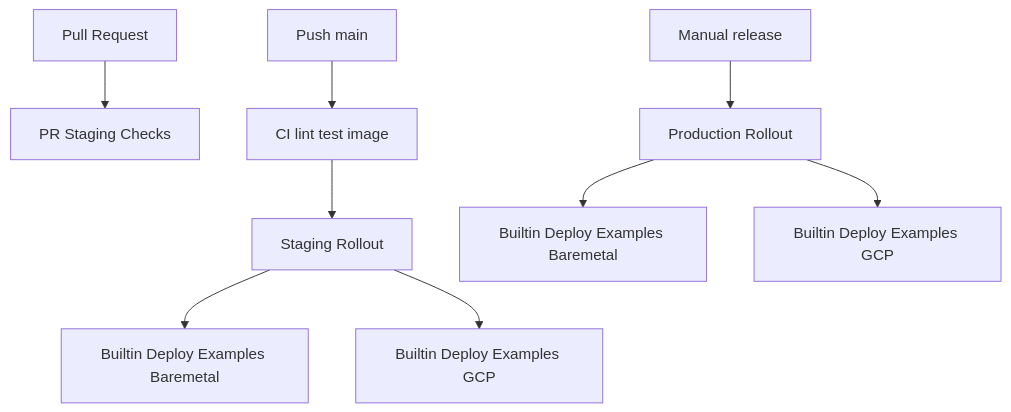
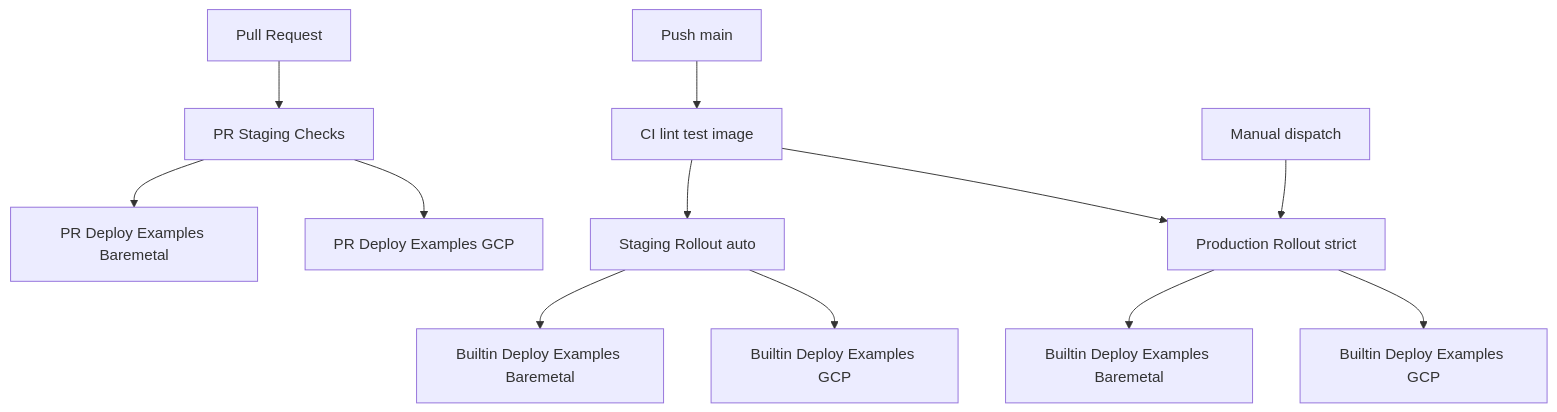
Before and after one commit to easyenclave/easyenclave: the diagram in docs/CI_CD_NETWORKS.md, drawn with Mermaid. The commit also changed other lines of this file and 5 other files, not shown here.

Commit message:
ci: add per-PR staging deploys and parallel rollout guards

````diff
--- a/docs/CI_CD_NETWORKS.md
+++ b/docs/CI_CD_NETWORKS.md
@@ -14,11 +14,14 @@
 ```mermaid
 flowchart TD
     PR["Pull Request"] --> PRCHK["PR Staging Checks"]
+    PRCHK --> PRBM["PR Deploy Examples Baremetal"]
+    PRCHK --> PRGCP["PR Deploy Examples GCP"]
     MAIN["Push main"] --> CI["CI lint test image"]
-    CI --> STG["Staging Rollout"]
+    CI --> STG["Staging Rollout auto"]
     STG --> BM["Builtin Deploy Examples Baremetal"]
     STG --> GCP["Builtin Deploy Examples GCP"]
-    REL["Manual release"] --> PROD["Production Rollout"]
+    CI --> PROD["Production Rollout strict"]
+    REL["Manual dispatch"] --> PROD
     PROD --> PBM["Builtin Deploy Examples Baremetal"]
     PROD --> PGCP["Builtin Deploy Examples GCP"]
 ```
````
